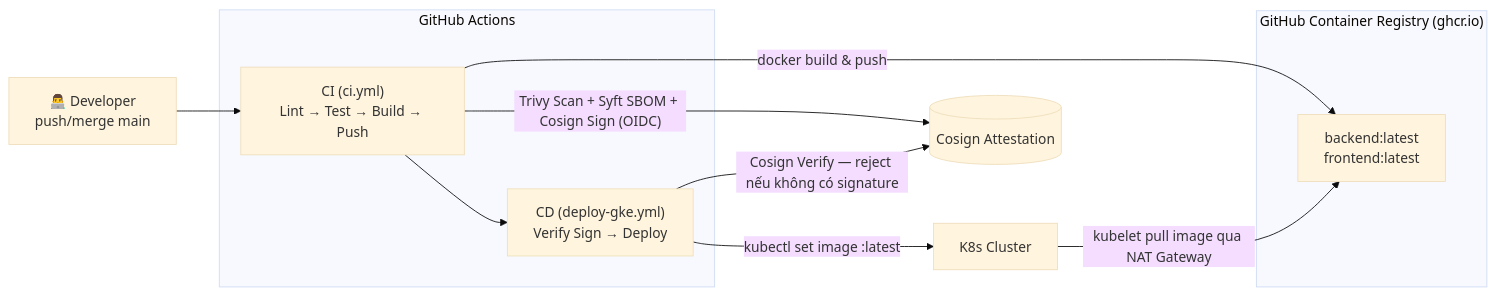
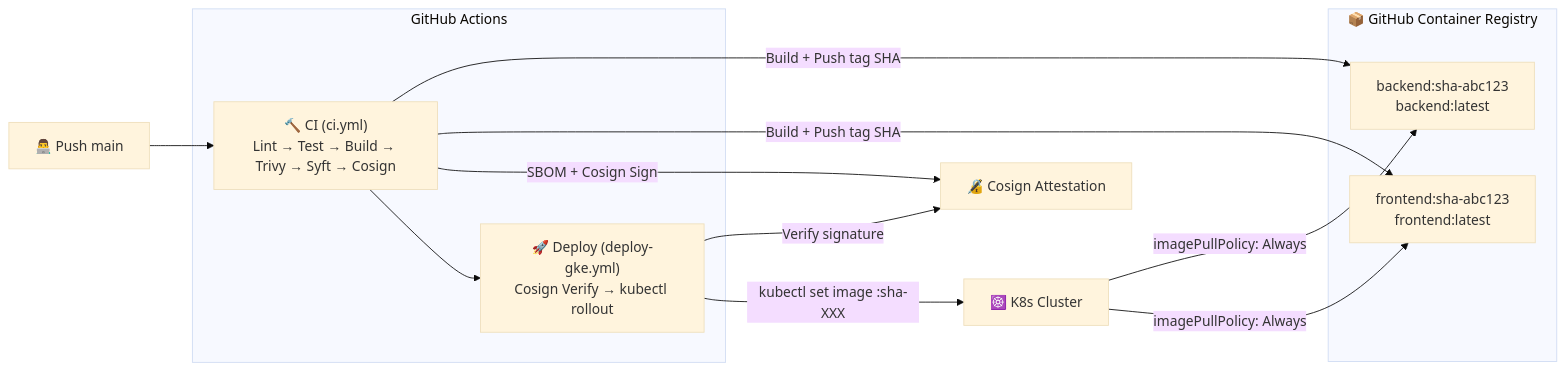
The third of 5 diagrams in README.md (vinh25042005/deploy-web), drawn with Mermaid (base theme) before and after one commit. The commit also changed other lines of this file and 7 other files, not shown here.

````diff
--- a/README.md
+++ b/README.md
@@ -84,20 +111,23 @@
 ```mermaid
 flowchart LR
-    DEV[👨‍💻 Developer<br/>push/merge main] --> CI
+    DEV["👨‍💻 Push main"] --> CI
 
     subgraph GHA["GitHub Actions"]
-        CI["CI (ci.yml)<br/>Lint → Test → Build → Push"]
-        CD["CD (deploy-gke.yml)<br/>Verify Sign → Deploy"]
+        CI["🔨 CI (ci.yml)<br/>Lint → Test → Build → Trivy → Syft → Cosign"]
+        CD["🚀 Deploy (deploy-gke.yml)<br/>Cosign Verify → kubectl rollout"]
     end
 
-    subgraph GHCR["GitHub Container Registry (ghcr.io)"]
-        IMG["backend:latest<br/>frontend:latest"]
+    subgraph GHCR["📦 GitHub Container Registry"]
+        IMG_BE["backend:sha-abc123<br/>backend:latest"]
+        IMG_FE["frontend:sha-abc123<br/>frontend:latest"]
     end
 
-    CI -->|"docker build & push"| IMG
-    CI -->|"Trivy Scan + Syft SBOM + Cosign Sign (OIDC)"| ATTEST[(Cosign Attestation)]
+    CI -->|"Build + Push tag SHA"| IMG_BE
+    CI -->|"Build + Push tag SHA"| IMG_FE
+    CI -->|"SBOM + Cosign Sign"| ATTEST["🔏 Cosign Attestation"]
     CI --> CD
-    CD -->|"Cosign Verify — reject nếu không có signature"| ATTEST
-    CD -->|"kubectl set image :latest"| K8s[K8s Cluster]
-    K8s -->|"kubelet pull image qua NAT Gateway"| IMG
+    CD -->|"Verify signature"| ATTEST
+    CD -->|"kubectl set image :sha-XXX"| K8S["☸️ K8s Cluster"]
+    K8S -->|"imagePullPolicy: Always"| IMG_BE
+    K8S -->|"imagePullPolicy: Always"| IMG_FE
 ```
````
